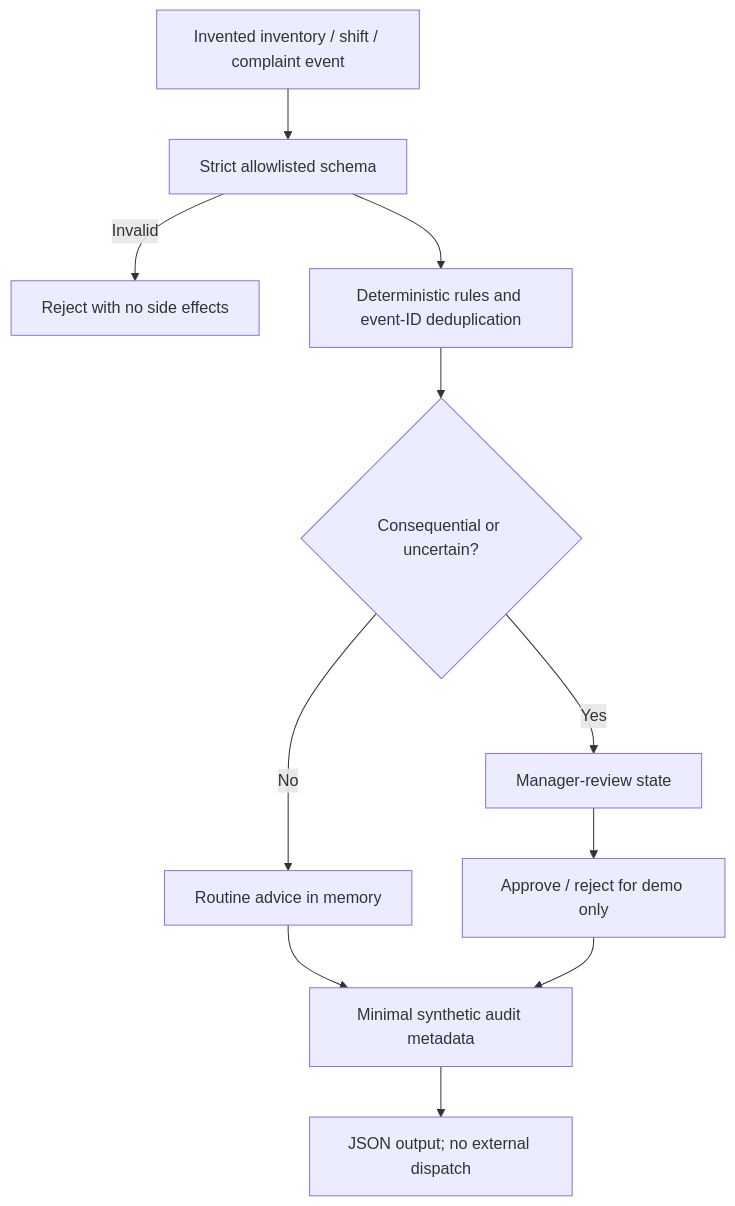
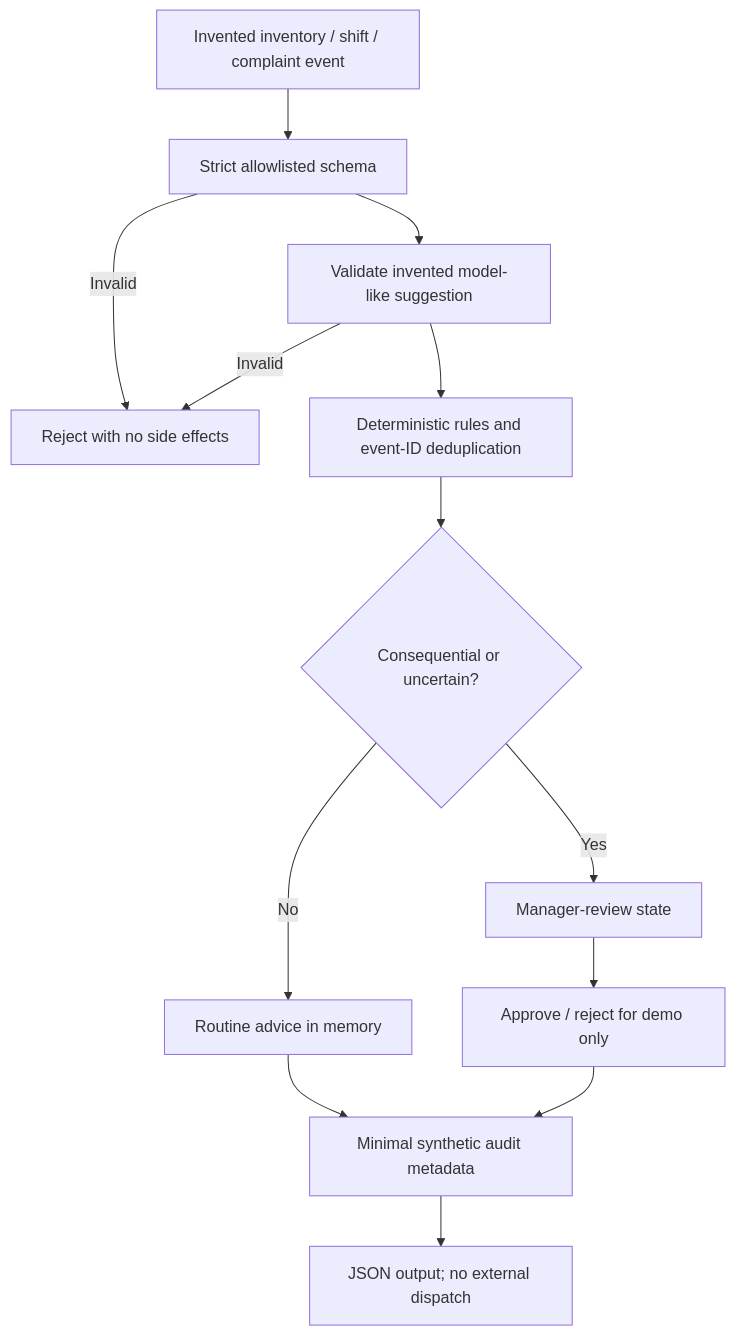
The second of 2 diagrams in case-studies/ariels-pizza-operations/README.md (Popoo2020/Popoo2020), drawn with Mermaid before and after one commit. The commit also changed other lines of this file, not shown here.

Commit message:
portfolio: show model-output validation boundary in case overview

```diff
--- a/case-studies/ariels-pizza-operations/README.md
+++ b/case-studies/ariels-pizza-operations/README.md
@@ -88,13 +88,15 @@
 ~~~mermaid
 flowchart TD
   A[Invented inventory / shift / complaint event] --> B[Strict allowlisted schema]
   B -->|Invalid| X[Reject with no side effects]
-  B --> C[Deterministic rules and event-ID deduplication]
+  B --> V[Validate invented model-like suggestion]
+  V -->|Invalid| X
+  V --> C[Deterministic rules and event-ID deduplication]
   C --> D{Consequential or uncertain?}
   D -->|No| E[Routine advice in memory]
   D -->|Yes| F[Manager-review state]
   F --> G[Approve / reject for demo only]
   E --> H[Minimal synthetic audit metadata]
   G --> H
   H --> I[JSON output; no external dispatch]
 ~~~
```
